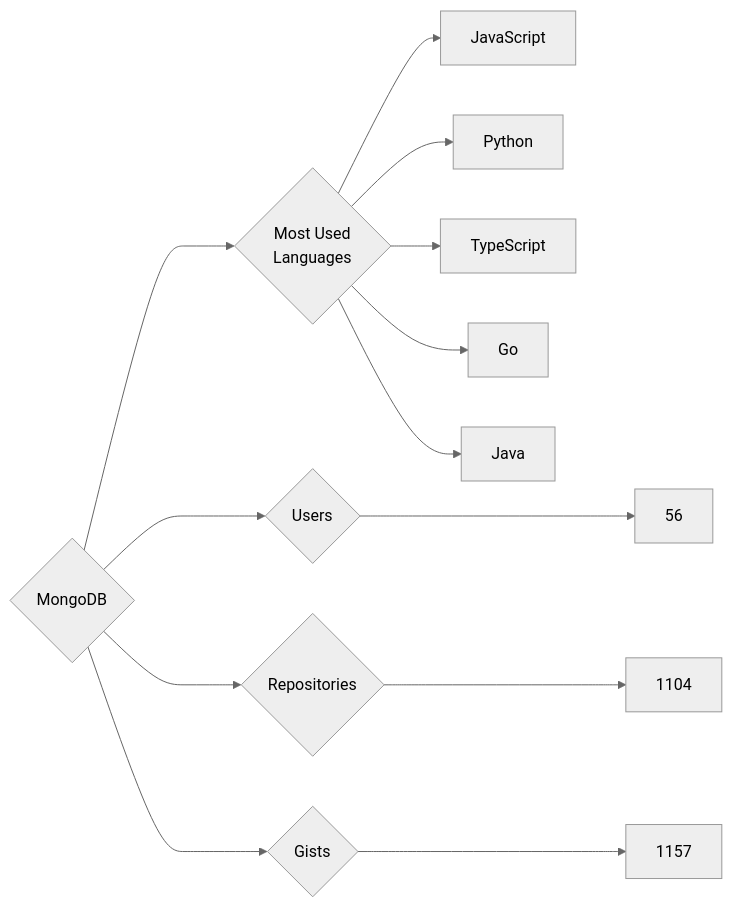
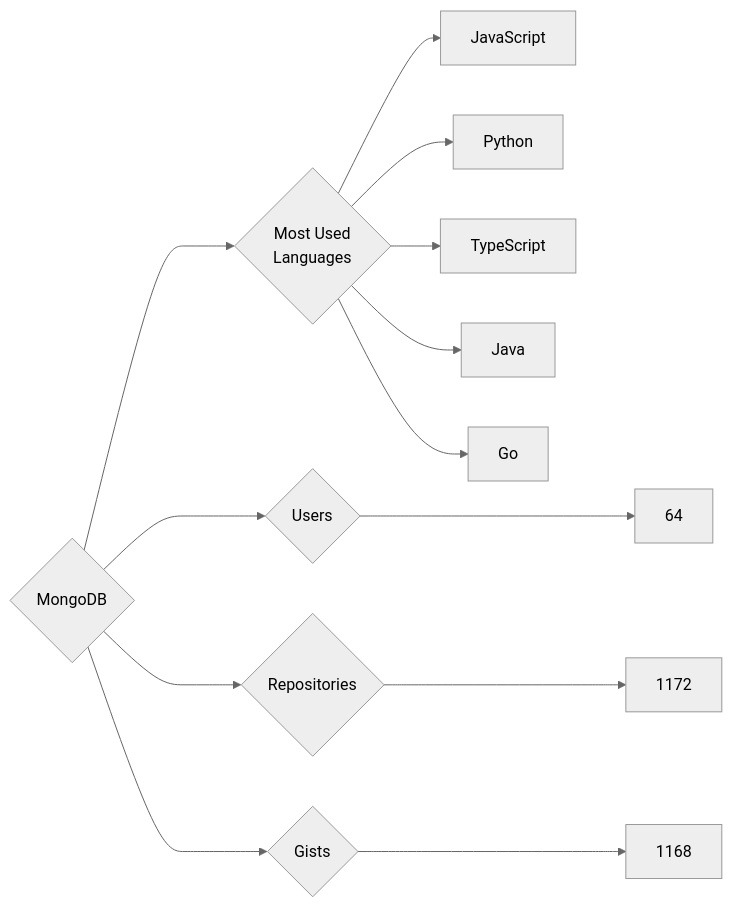
One commit to trickest/insiders changed the diagram in targets/MongoDB/README.md. Above: the diagram before and after it, drawn with Mermaid (neutral theme). The commit also changed 965 other files, not shown here.

````diff
--- a/targets/MongoDB/README.md
+++ b/targets/MongoDB/README.md
@@ -3,13 +3,13 @@
 ```mermaid
 graph LR
 COMPANY_NAME{MongoDB}
-COMPANY_NAME ---> U{Users} ---> UN[56]
-COMPANY_NAME ---> R{Repositories} ---> RN[1104]
-COMPANY_NAME ---> G{Gists} ---> GN[1157]
+COMPANY_NAME ---> U{Users} ---> UN[64]
+COMPANY_NAME ---> R{Repositories} ---> RN[1172]
+COMPANY_NAME ---> G{Gists} ---> GN[1168]
 COMPANY_NAME ---> ML{Most Used<br>Languages}
 ML --> JavaScript[JavaScript]
 ML --> Python[Python]
 ML --> TypeScript[TypeScript]
+ML --> Java[Java]
 ML --> Go[Go]
-ML --> Java[Java]
 ```
````
